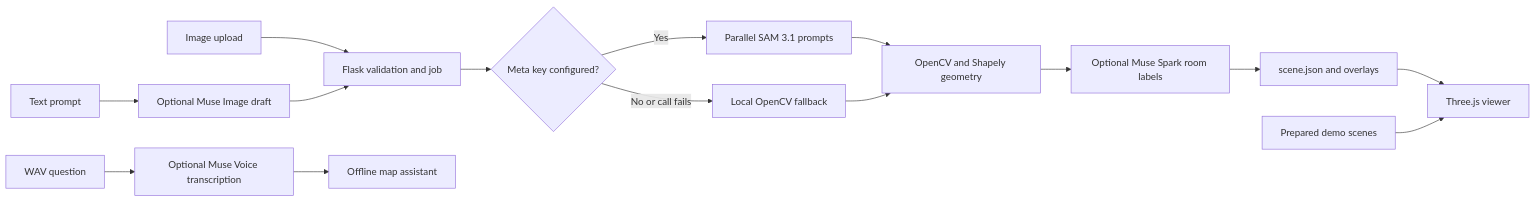
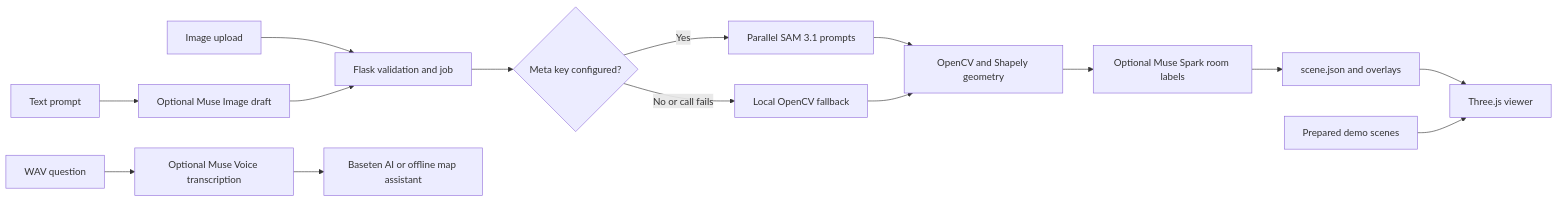
The diagram in README.md (tanmaysandhu55/meta-hackathon-blueprint3d), drawn with Mermaid before and after one commit. The commit also changed other lines of this file and 8 other files, not shown here.

````diff
--- a/README.md
+++ b/README.md
@@ -7,17 +7,17 @@
 ```mermaid
 flowchart LR
     A[Image upload] --> B[Flask validation and job]
     B --> C{Meta key configured?}
     C -->|Yes| D[Parallel SAM 3.1 prompts]
     C -->|No or call fails| E[Local OpenCV fallback]
     D --> F[OpenCV and Shapely geometry]
     E --> F
     F --> G[Optional Muse Spark room labels]
     G --> H[scene.json and overlays]
     H --> I[Three.js viewer]
     K[Text prompt] --> L[Optional Muse Image draft]
     L --> B
     M[WAV question] --> N[Optional Muse Voice transcription]
-    N --> O[Offline map assistant]
+    N --> O[Baseten AI or offline map assistant]
     J[Prepared demo scenes] --> I
 ```
````
